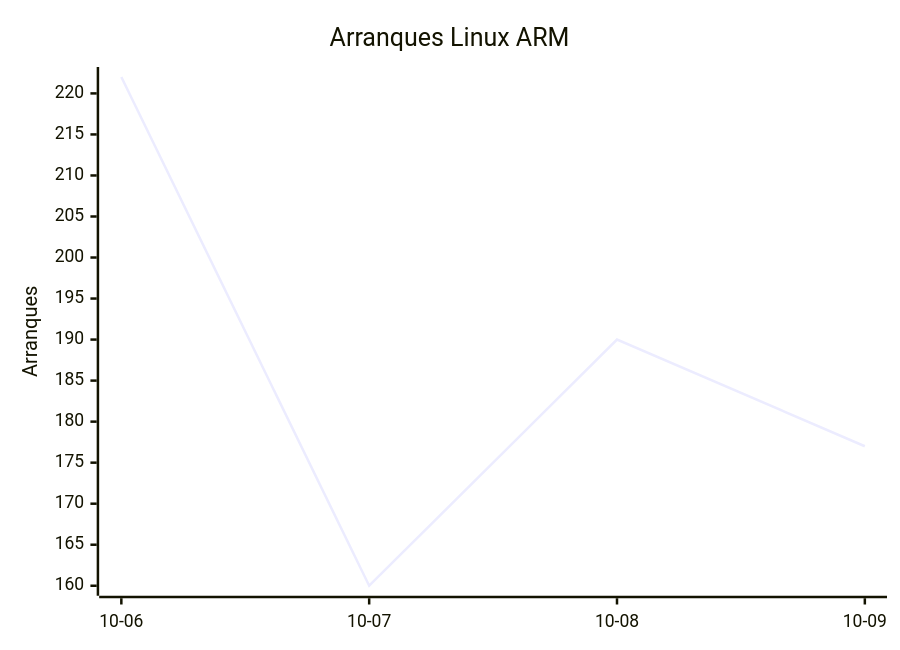
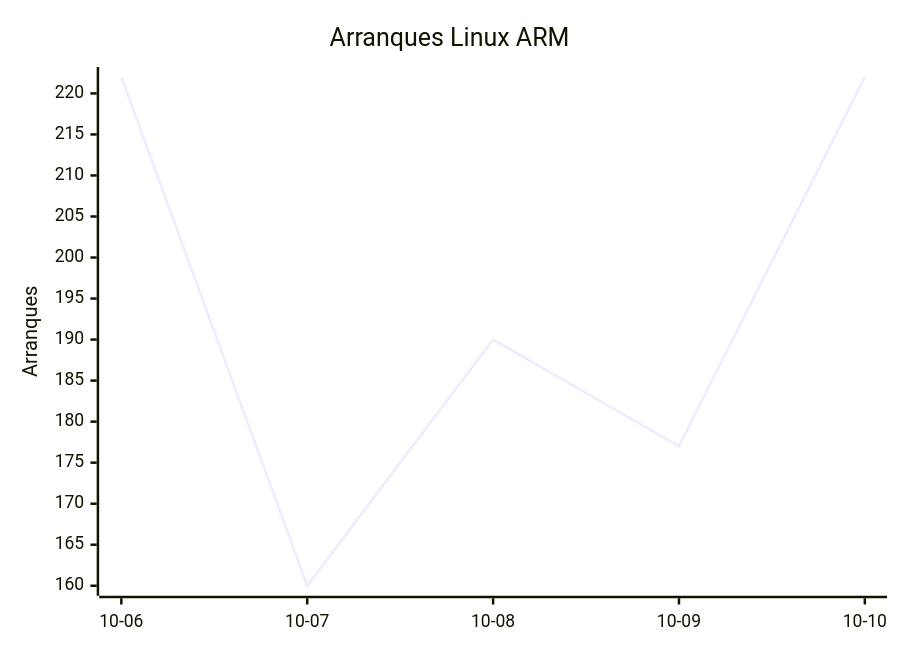
One commit to EmuDeck/stats changed the second of 8 diagrams in README.md. Above: the diagram before and after it, drawn with Mermaid. The commit also changed other lines of this file and 2 other files, not shown here.

````diff
--- a/README.md
+++ b/README.md
@@ -26,7 +26,7 @@
 ```mermaid
 xychart-beta
     title "Arranques Linux ARM"
-    x-axis ["10-06", "10-07", "10-08", "10-09"]
+    x-axis ["10-06", "10-07", "10-08", "10-09", "10-10"]
     y-axis "Arranques"
-    line [222, 160, 190, 177]
+    line [222, 160, 190, 177, 222]
 ```
````
